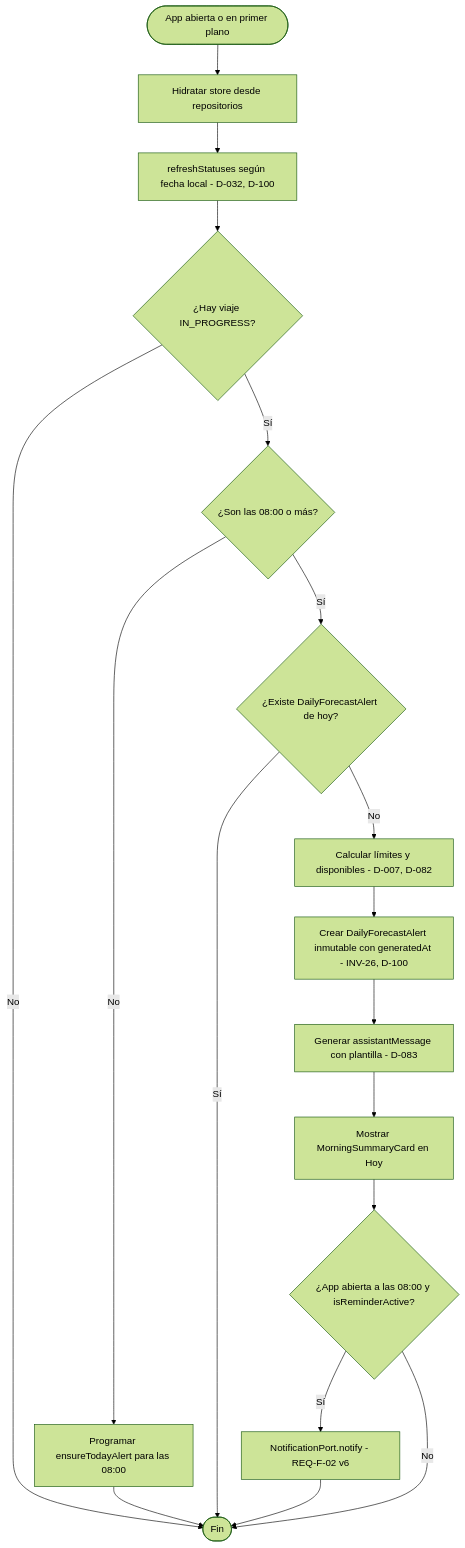
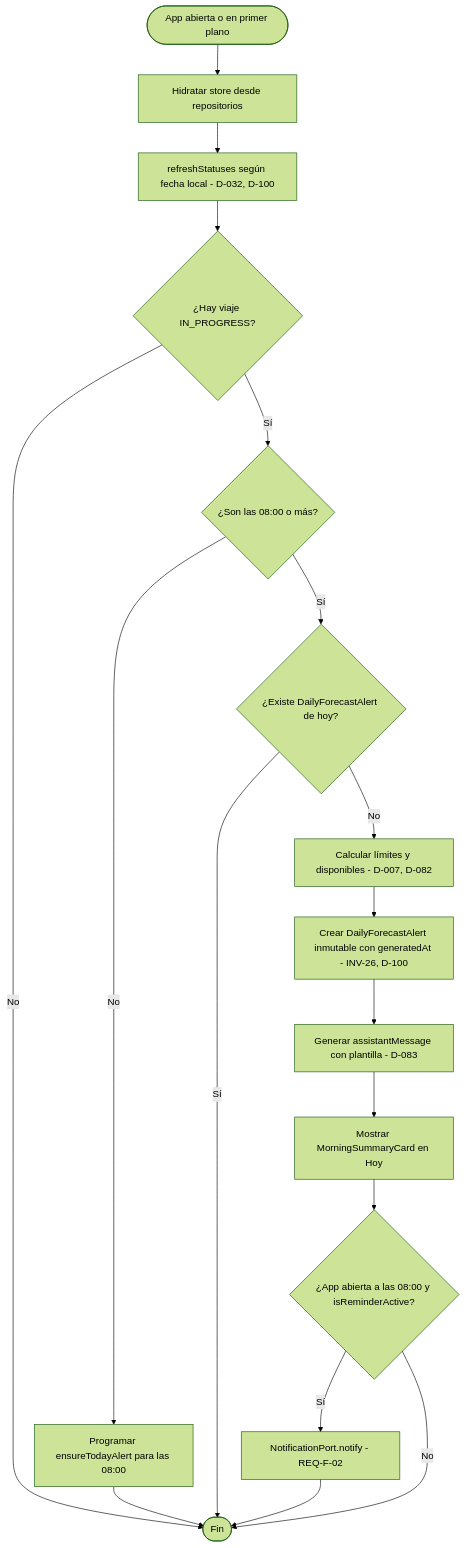
One commit to kfallas95/lab-3-part1---asistente-de-viajes changed the fourth of 6 diagrams in docs/design.md. Above: the diagram before and after it, drawn with Mermaid (forest theme). The commit also changed other lines of this file and 7 other files, not shown here.

````diff
--- a/docs/design.md
+++ b/docs/design.md
@@ -353,18 +352,18 @@
 ```mermaid
 flowchart TD
     A([App abierta o en primer plano]) --> B[Hidratar store desde repositorios]
     B --> C[refreshStatuses según fecha local - D-032, D-100]
     C --> D{¿Hay viaje IN_PROGRESS?}
     D -- No --> Z([Fin])
     D -- Sí --> E{¿Son las 08:00 o más?}
     E -- No --> F[Programar ensureTodayAlert para las 08:00] --> Z
     E -- Sí --> G{¿Existe DailyForecastAlert de hoy?}
     G -- Sí --> Z
     G -- No --> H[Calcular límites y disponibles - D-007, D-082]
     H --> I[Crear DailyForecastAlert inmutable con generatedAt - INV-26, D-100]
     I --> J[Generar assistantMessage con plantilla - D-083]
     J --> K[Mostrar MorningSummaryCard en Hoy]
     K --> L{¿App abierta a las 08:00 y isReminderActive?}
-    L -- Sí --> M[NotificationPort.notify - REQ-F-02 v6] --> Z
+    L -- Sí --> M[NotificationPort.notify - REQ-F-02] --> Z
     L -- No --> Z
 ```
````
